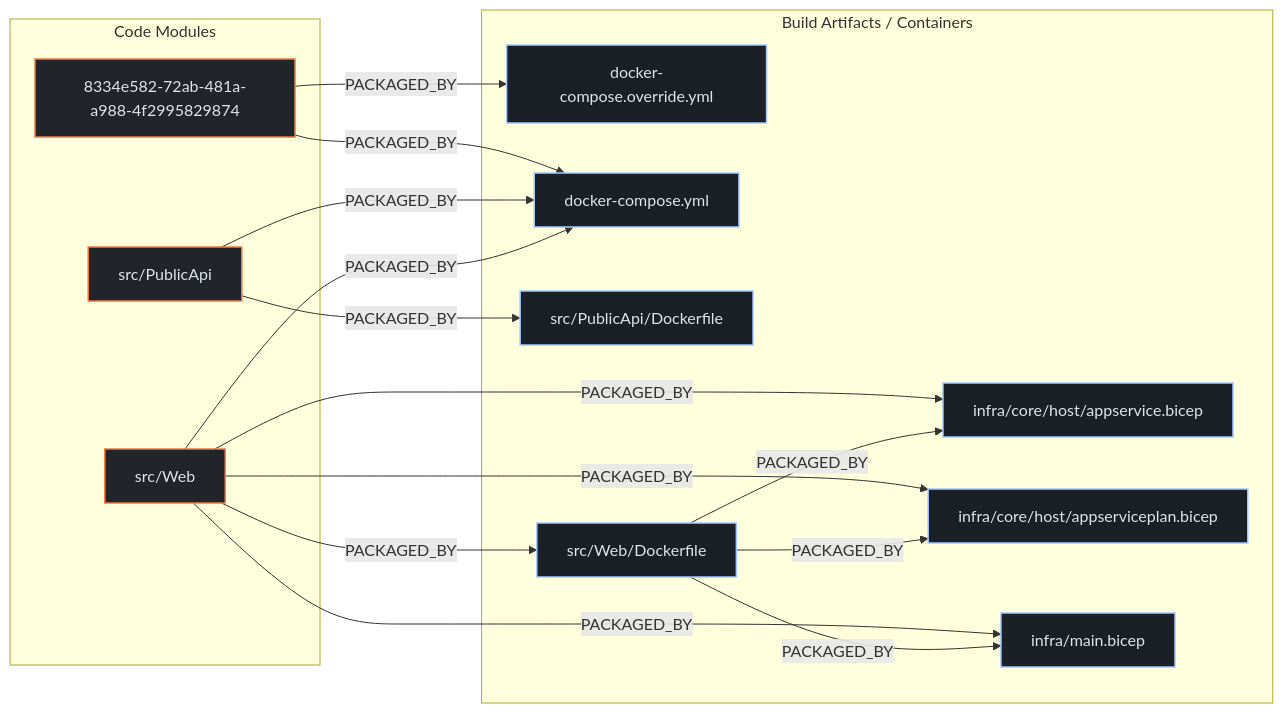
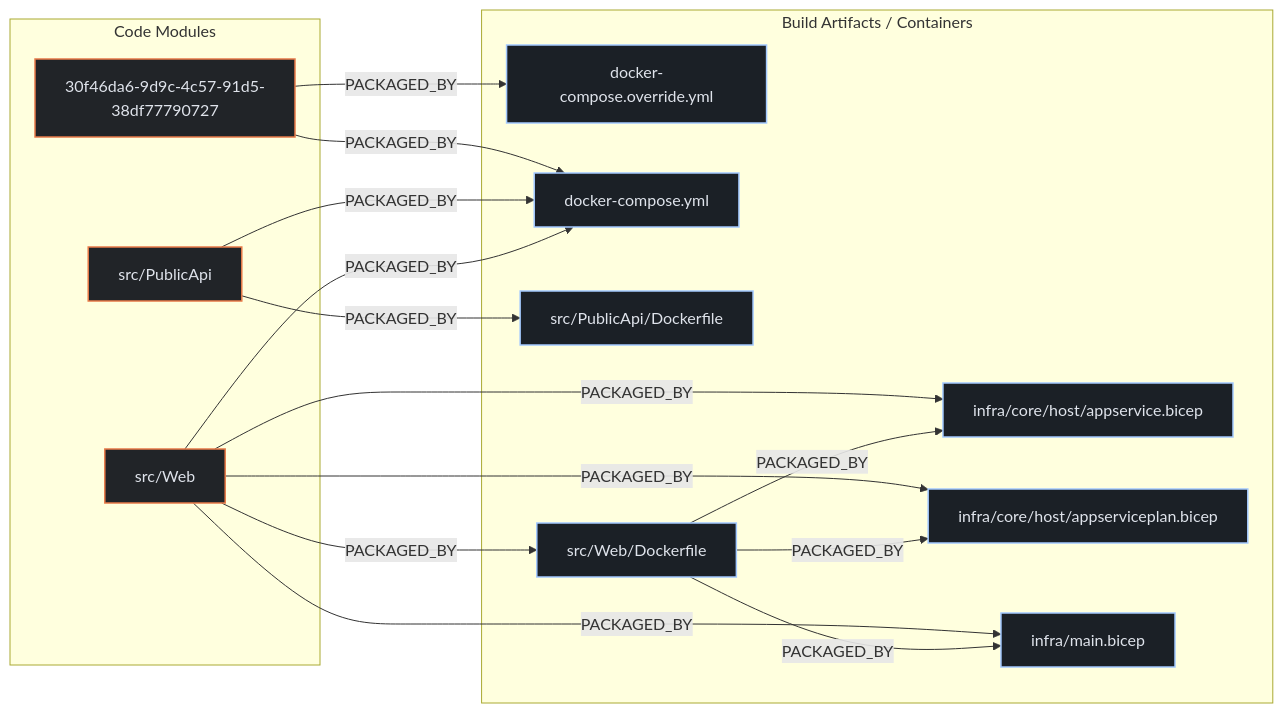
Before and after one commit to kumarshaz/atruss-code-atlas: the second of 3 diagrams in exports/latest/reports/dotnet-architecture-eShopOnWeb-report.md, drawn with Mermaid. The commit also changed other lines of this file and 1613 other files, not shown here.

````diff
--- a/exports/latest/reports/dotnet-architecture-eShopOnWeb-report.md
+++ b/exports/latest/reports/dotnet-architecture-eShopOnWeb-report.md
@@ -176,33 +193,34 @@
 ```mermaid
 flowchart LR
+    %% title: Code-to-Cloud Deployment Traceability
     classDef atlasCategory fill:#212428,stroke:#E87A48,stroke-width:1.5px,color:#dfe3eb
     classDef atlasWorkflow fill:#1b2026,stroke:#a3c9ff,stroke-width:1.5px,color:#dfe3eb
     classDef atlasJob fill:#171c22,stroke:#8d9199,stroke-width:1px,color:#dfe3eb
     classDef atlasTarget fill:#005227,stroke:#8bd99b,stroke-width:1.5px,color:#a7f6b6
     subgraph code_modules["Code Modules"]
-        mod_8334e582_72ab_481a_a988_4f2995829874["8334e582-72ab-481a-a988-4f2995829874"]:::atlasCategory
+        mod_30f46da6_9d9c_4c57_91d5_38df77790727["30f46da6-9d9c-4c57-91d5-38df77790727"]:::atlasCategory
         mod_src_PublicApi["src/PublicApi"]:::atlasCategory
         mod_src_Web["src/Web"]:::atlasCategory
     end
     subgraph build_artifacts["Build Artifacts / Containers"]
         art_docker_compose_override_yml["docker-compose.override.yml"]:::atlasWorkflow
         art_docker_compose_yml["docker-compose.yml"]:::atlasWorkflow
         art_infra_core_host_appservice_bicep["infra/core/host/appservice.bicep"]:::atlasWorkflow
         art_infra_core_host_appserviceplan_bicep["infra/core/host/appserviceplan.bicep"]:::atlasWorkflow
         art_infra_main_bicep["infra/main.bicep"]:::atlasWorkflow
         art_src_PublicApi_Dockerfile["src/PublicApi/Dockerfile"]:::atlasWorkflow
         art_src_Web_Dockerfile["src/Web/Dockerfile"]:::atlasWorkflow
     end
-    mod_8334e582_72ab_481a_a988_4f2995829874 -->|PACKAGED_BY| art_docker_compose_override_yml
-    mod_8334e582_72ab_481a_a988_4f2995829874 -->|PACKAGED_BY| art_docker_compose_yml
+    mod_30f46da6_9d9c_4c57_91d5_38df77790727 -->|PACKAGED_BY| art_docker_compose_override_yml
+    mod_30f46da6_9d9c_4c57_91d5_38df77790727 -->|PACKAGED_BY| art_docker_compose_yml
     mod_src_PublicApi -->|PACKAGED_BY| art_docker_compose_yml
     mod_src_PublicApi -->|PACKAGED_BY| art_src_PublicApi_Dockerfile
     mod_src_Web -->|PACKAGED_BY| art_docker_compose_yml
     mod_src_Web -->|PACKAGED_BY| art_src_Web_Dockerfile
     mod_src_Web -->|PACKAGED_BY| art_infra_core_host_appservice_bicep
     mod_src_Web -->|PACKAGED_BY| art_infra_core_host_appserviceplan_bicep
     mod_src_Web -->|PACKAGED_BY| art_infra_main_bicep
     art_src_Web_Dockerfile -->|PACKAGED_BY| art_infra_core_host_appservice_bicep
     art_src_Web_Dockerfile -->|PACKAGED_BY| art_infra_core_host_appserviceplan_bicep
     art_src_Web_Dockerfile -->|PACKAGED_BY| art_infra_main_bicep
 ```
````
